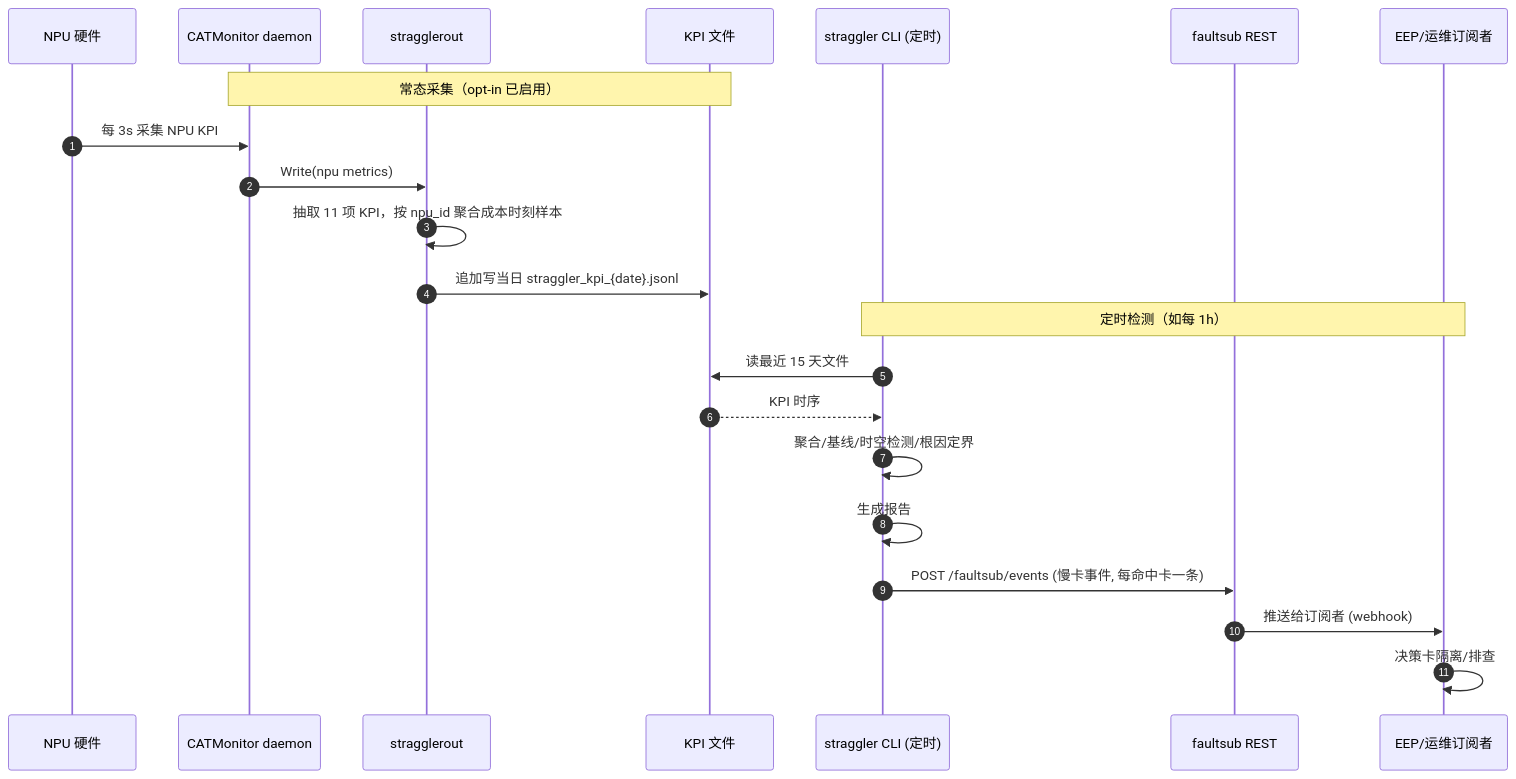
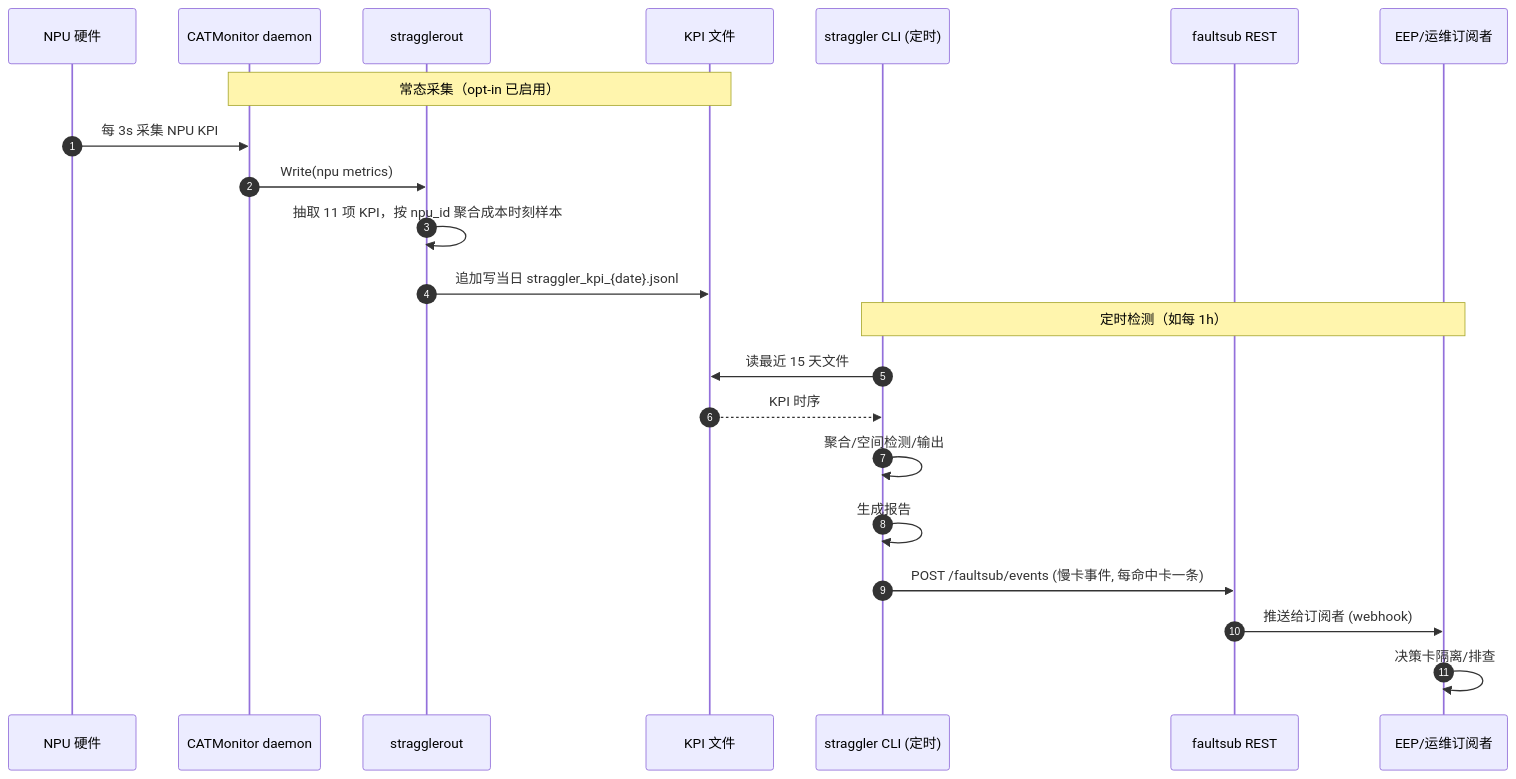
The second of 2 diagrams in feature/straggler/straggler_combination_DESIGN.md (1542305589/CATHelper), drawn with Mermaid before and after one commit. The commit also changed other lines of this file and 9 other files, not shown here.

````diff
--- a/feature/straggler/straggler_combination_DESIGN.md
+++ b/feature/straggler/straggler_combination_DESIGN.md
@@ -153,26 +153,26 @@
 ```mermaid
 sequenceDiagram
     autonumber
     participant NPU as NPU 硬件
     participant CM as CATMonitor daemon
     participant SO as stragglerout
     participant KPI as KPI 文件
     participant ST as straggler CLI (定时)
     participant FS as faultsub REST
     participant EEP as EEP/运维订阅者
 
     Note over CM,KPI: 常态采集（opt-in 已启用）
     NPU->>CM: 每 3s 采集 NPU KPI
     CM->>SO: Write(npu metrics)
     SO->>SO: 抽取 11 项 KPI，按 npu_id 聚合成本时刻样本
     SO->>KPI: 追加写当日 straggler_kpi_{date}.jsonl
 
     Note over ST,EEP: 定时检测（如每 1h）
     ST->>KPI: 读最近 15 天文件
     KPI-->>ST: KPI 时序
-    ST->>ST: 聚合/基线/时空检测/根因定界
+    ST->>ST: 聚合/空间检测/输出
     ST->>ST: 生成报告
     ST->>FS: POST /faultsub/events (慢卡事件, 每命中卡一条)
     FS->>EEP: 推送给订阅者 (webhook)
     EEP->>EEP: 决策卡隔离/排查
 ```
````
